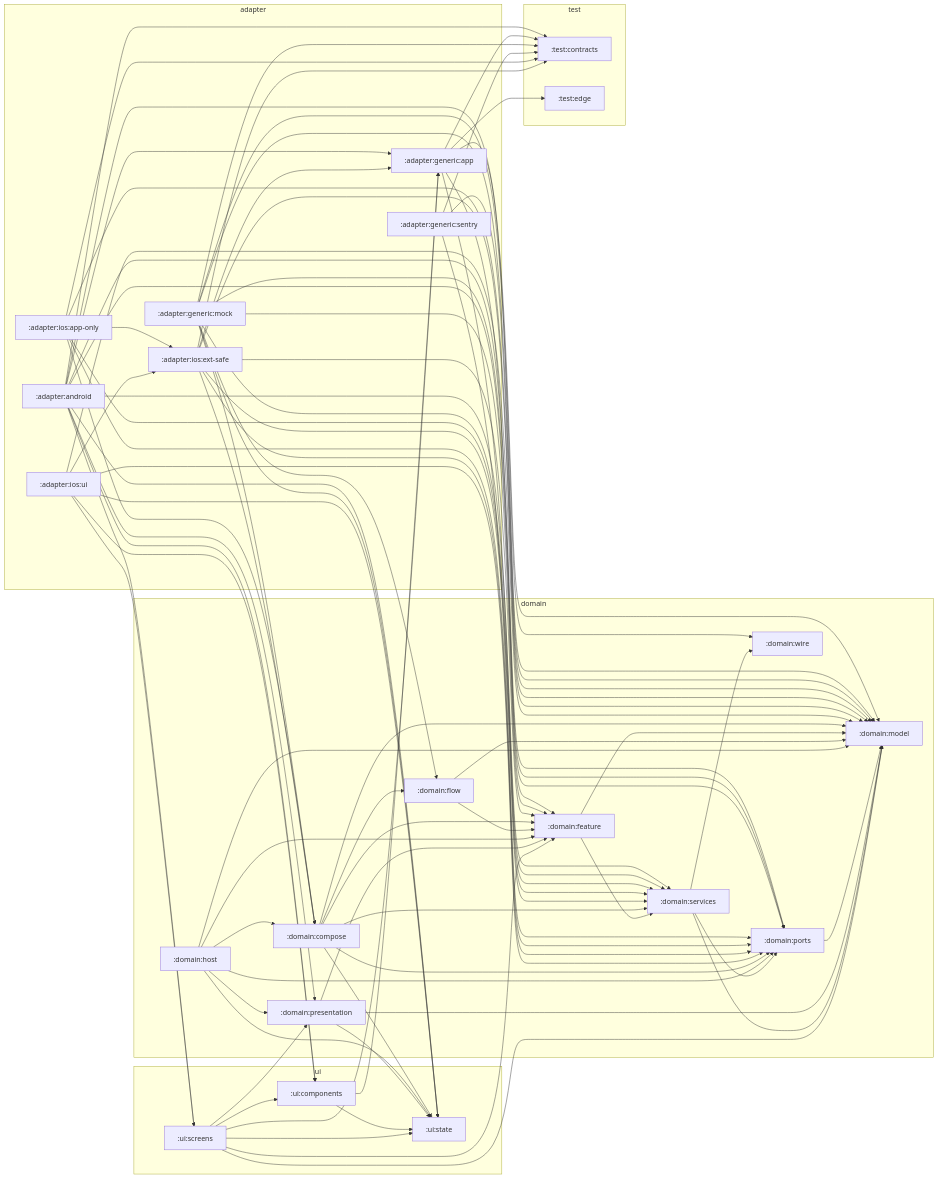
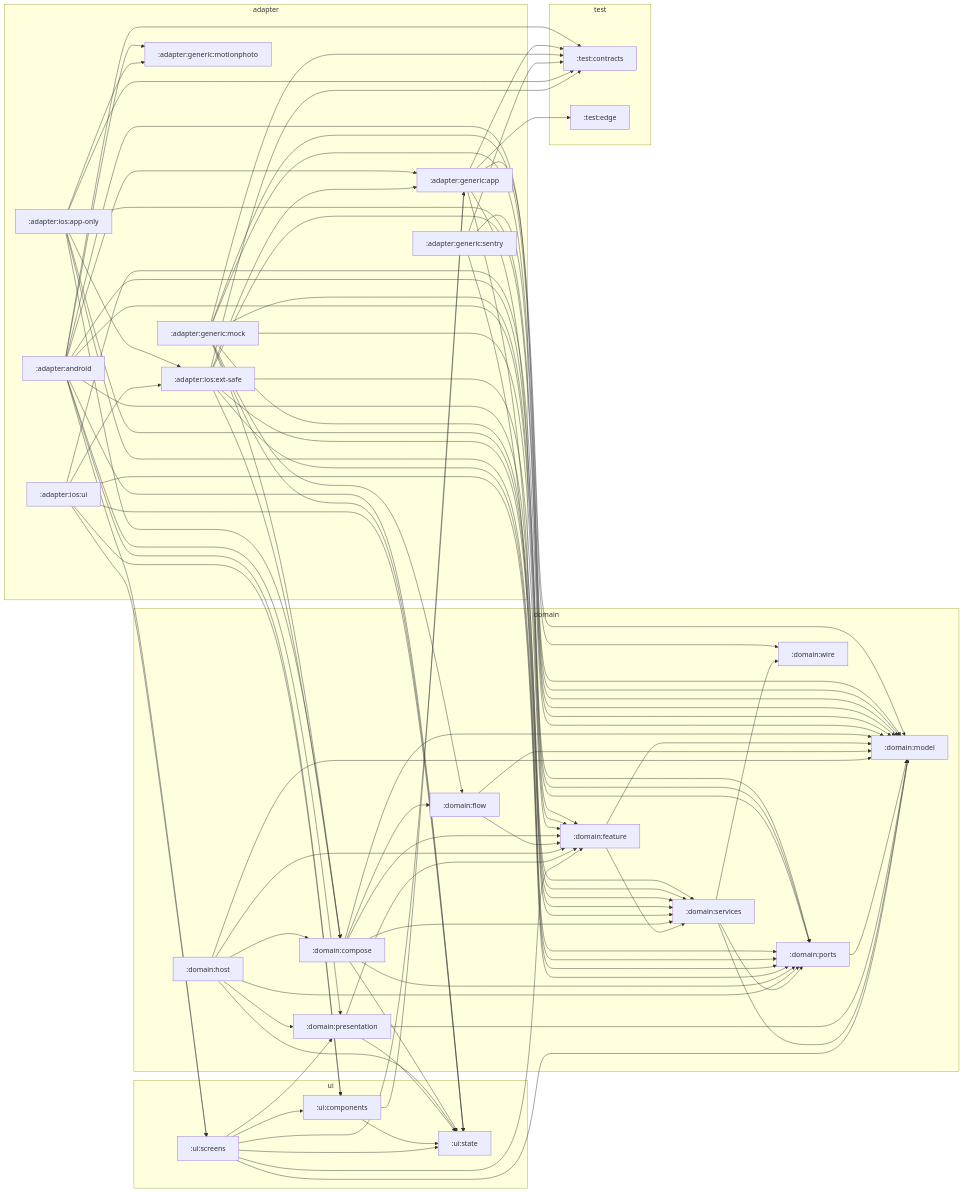
Before and after one commit to stefanhoelzl/SnapSync: the diagram in architecture/zones.md, drawn with Mermaid. The commit also changed 17 other files, not shown here.

```diff
--- a/architecture/zones.md
+++ b/architecture/zones.md
@@ -11,6 +11,7 @@
     adapter_android[":adapter:android"]
     adapter_generic_app[":adapter:generic:app"]
     adapter_generic_mock[":adapter:generic:mock"]
+    adapter_generic_motionphoto[":adapter:generic:motionphoto"]
     adapter_generic_sentry[":adapter:generic:sentry"]
     adapter_ios_app_only[":adapter:ios:app-only"]
     adapter_ios_ext_safe[":adapter:ios:ext-safe"]
@@ -37,6 +38,7 @@
     ui_state[":ui:state"]
   end
   adapter_android --> adapter_generic_app
+  adapter_android --> adapter_generic_motionphoto
   adapter_android --> domain_feature
   adapter_android --> domain_model
   adapter_android --> domain_ports
@@ -63,6 +65,7 @@
   adapter_generic_sentry --> domain_model
   adapter_generic_sentry --> domain_ports
   adapter_generic_sentry --> test_contracts
+  adapter_ios_app_only --> adapter_generic_motionphoto
   adapter_ios_app_only --> adapter_ios_ext_safe
   adapter_ios_app_only --> domain_compose
   adapter_ios_app_only --> domain_model
```
